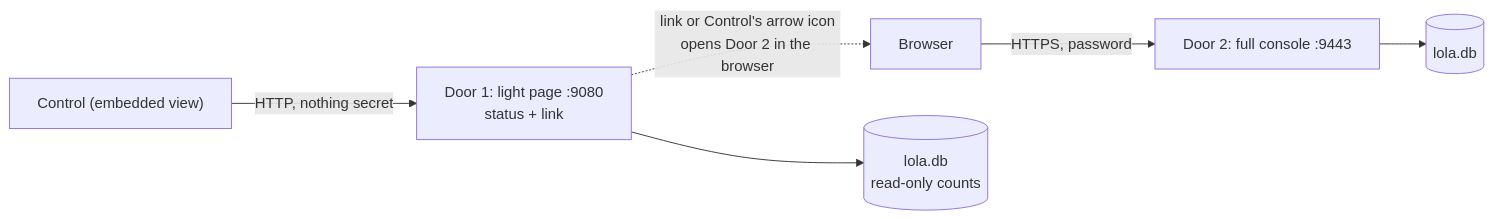
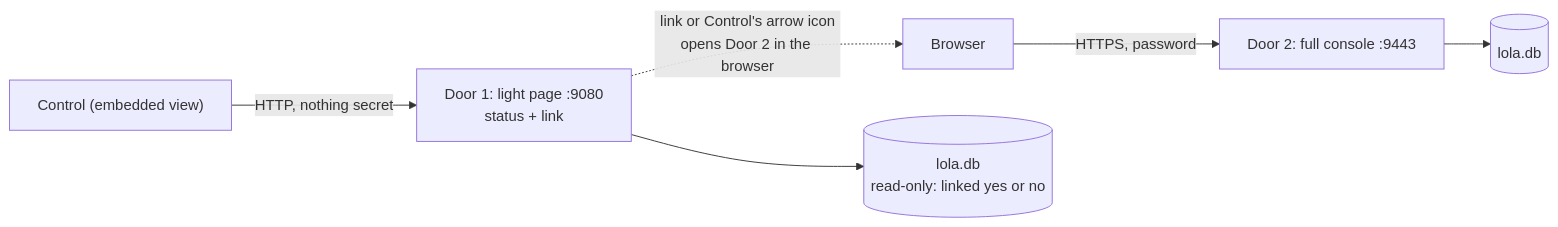
The third of 3 diagrams in docs/architecture/console-redesign.md (betiana688/lola-bla), drawn with Mermaid before and after one commit. The commit also changed other lines of this file and 2 other files, not shown here.

````diff
--- a/docs/architecture/console-redesign.md
+++ b/docs/architecture/console-redesign.md
@@ -93,8 +93,8 @@
 ```mermaid
 flowchart LR
   CTRL["Control (embedded view)"] -->|"HTTP, nothing secret"| L["Door 1: light page :9080<br/>status + link"]
   BR["Browser"] -->|"HTTPS, password"| C["Door 2: full console :9443"]
   L -.->|"link or Control's arrow icon<br/>opens Door 2 in the browser"| BR
-  L --> RO[("lola.db<br/>read-only counts")]
+  L --> RO[("lola.db<br/>read-only: linked yes or no")]
   C --> DB[("lola.db")]
 ```
````
